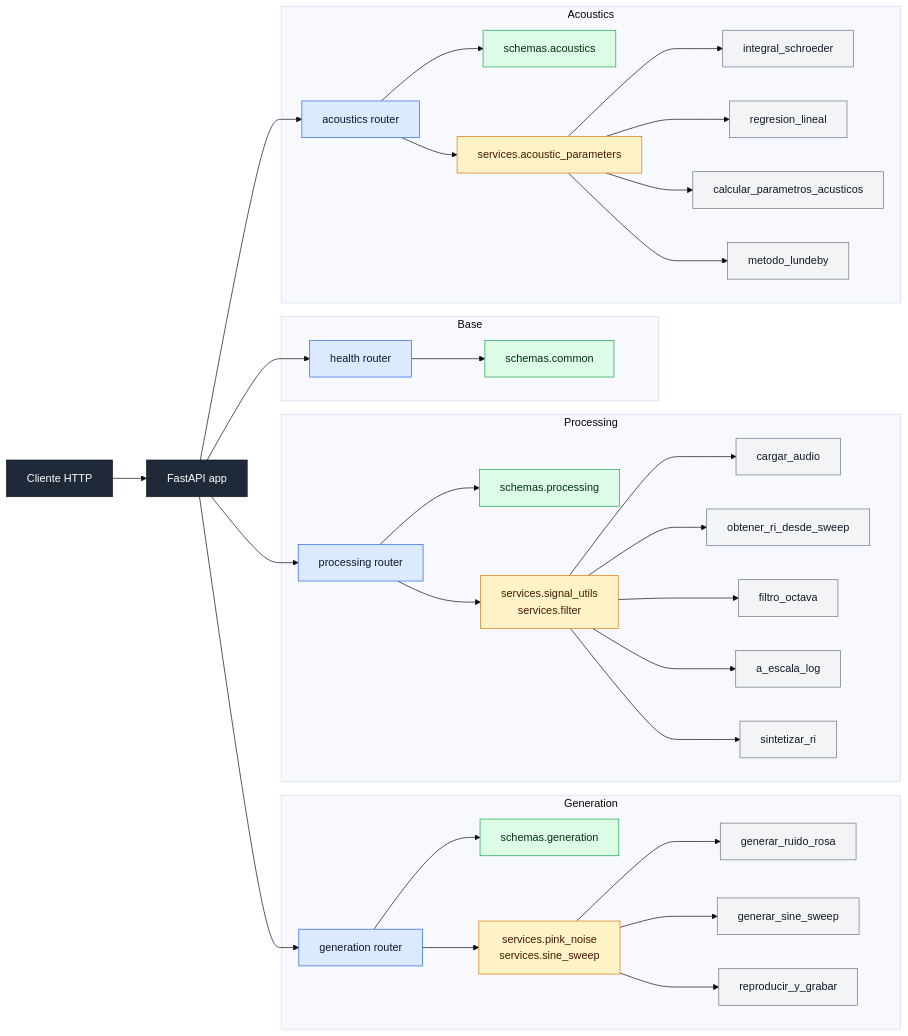
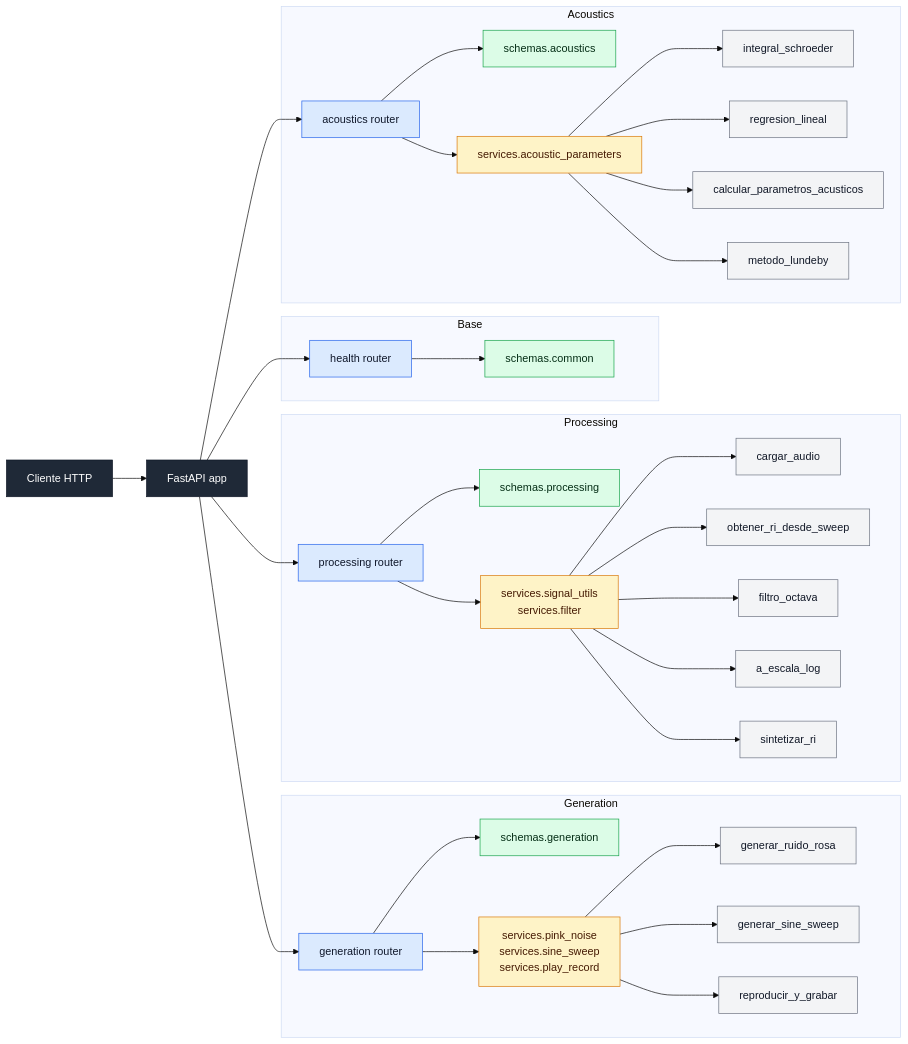
Before and after one commit to nahueRosso/rir-api: the diagram in README.md, drawn with Mermaid (base theme). The commit also changed other lines of this file, not shown here.

````diff
--- a/README.md
+++ b/README.md
@@ -141,81 +165,81 @@
 ```mermaid
 flowchart LR
     CLIENTE[Cliente HTTP]
     API[FastAPI app]
 
     CLIENTE --> API
 
     subgraph BASE[Base]
         RH[health router]
         SCHC[schemas.common]
         RH --> SCHC
     end
 
     subgraph GEN[Generation]
         RG[generation router]
         SCHG[schemas.generation]
-        SG[services.pink_noise<br/>services.sine_sweep]
+        SG[services.pink_noise<br/>services.sine_sweep<br/>services.play_record]
         G1[generar_ruido_rosa]
         G2[generar_sine_sweep]
         G3[reproducir_y_grabar]
 
         RG --> SCHG
         RG --> SG
         SG --> G1
         SG --> G2
         SG --> G3
     end
 
     subgraph PROC[Processing]
         RP[processing router]
         SCHP[schemas.processing]
         SP[services.signal_utils<br/>services.filter]
         P1[cargar_audio]
         P2[obtener_ri_desde_sweep]
         P3[filtro_octava]
         P4[a_escala_log]
         P5[sintetizar_ri]
 
         RP --> SCHP
         RP --> SP
         SP --> P1
         SP --> P2
         SP --> P3
         SP --> P4
         SP --> P5
     end
 
     subgraph AC[Acoustics]
         RA[acoustics router]
         SCHA[schemas.acoustics]
         SA[services.acoustic_parameters]
         A1[integral_schroeder]
         A2[regresion_lineal]
         A3[calcular_parametros_acusticos]
         A4[metodo_lundeby]
 
         RA --> SCHA
         RA --> SA
         SA --> A1
         SA --> A2
         SA --> A3
         SA --> A4
     end
 
     API --> RH
     API --> RG
     API --> RP
     API --> RA
 
     classDef entry fill:#1f2937,stroke:#111827,color:#ffffff
     classDef router fill:#dbeafe,stroke:#2563eb,color:#0f172a
     classDef schema fill:#dcfce7,stroke:#16a34a,color:#052e16
     classDef service fill:#fef3c7,stroke:#d97706,color:#451a03
     classDef fn fill:#f3f4f6,stroke:#6b7280,color:#111827
 
     class CLIENTE,API entry
     class RH,RG,RP,RA router
     class SCHC,SCHG,SCHP,SCHA schema
     class SG,SP,SA service
     class G1,G2,G3,P1,P2,P3,P4,P5,A1,A2,A3,A4 fn
 ```
````
